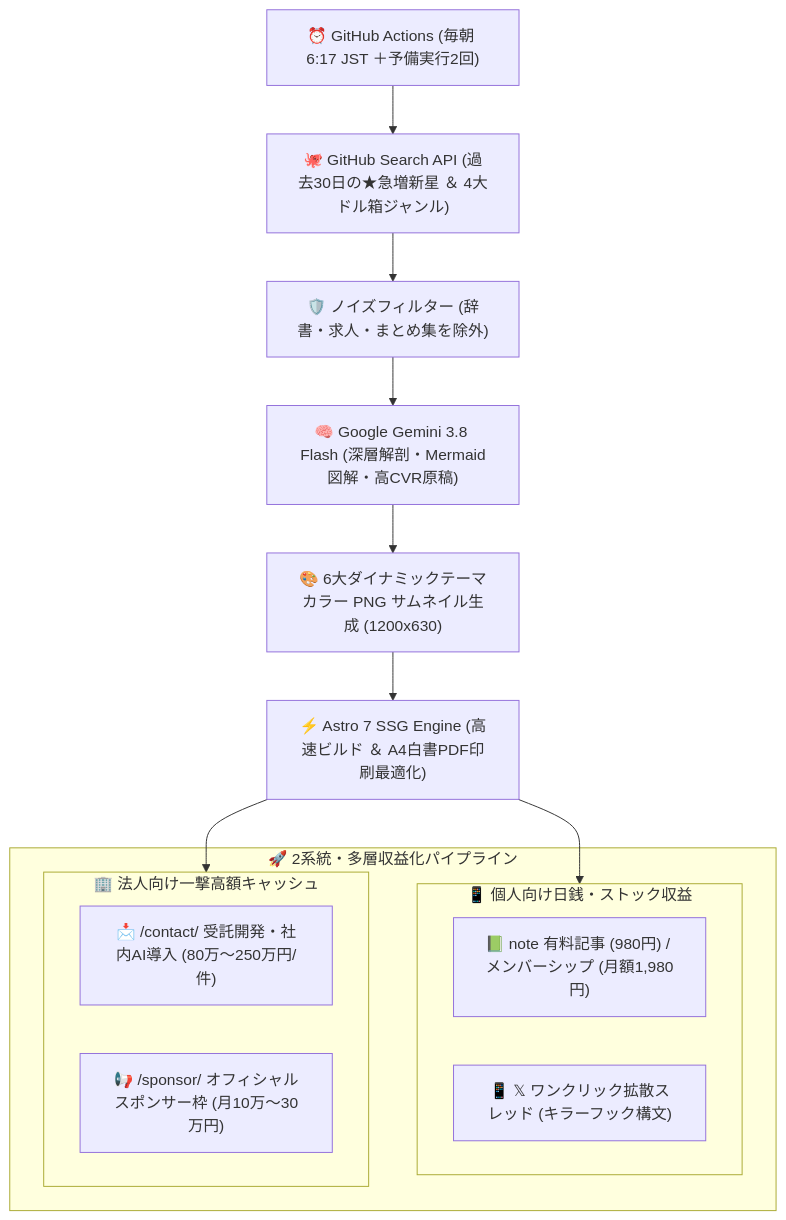
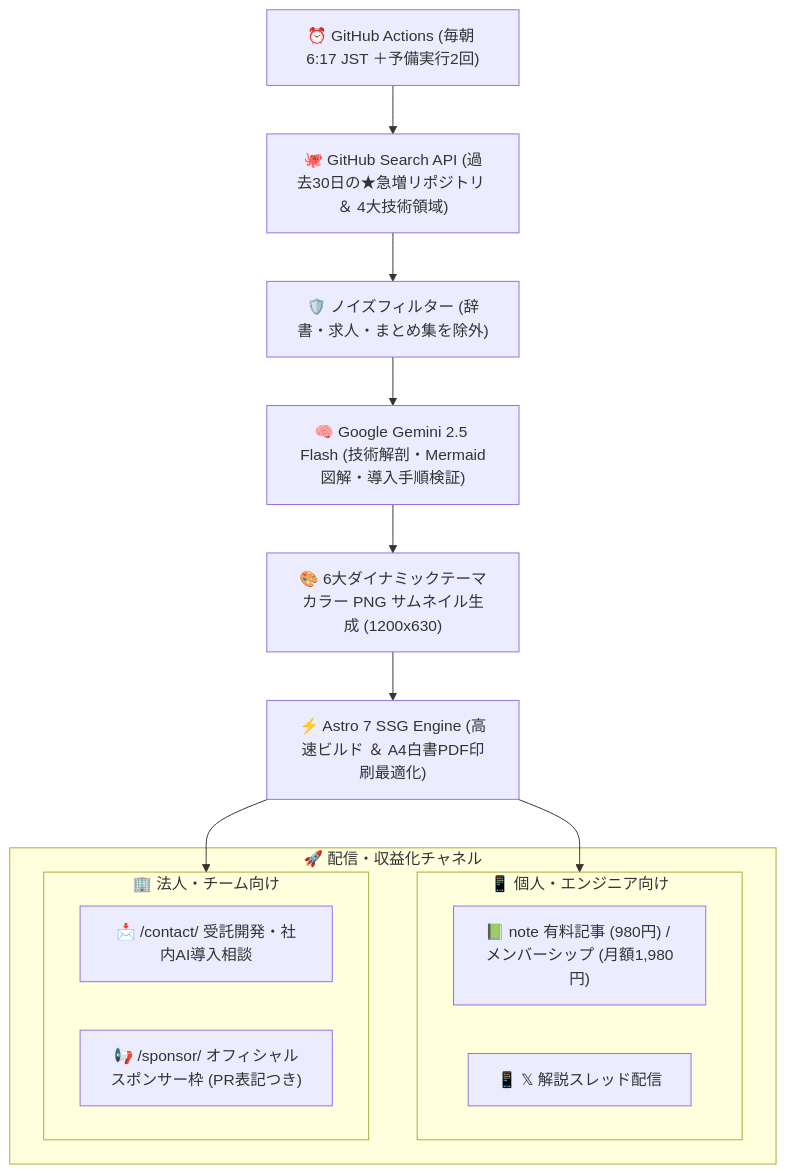
The diagram in README.md (ssk0224/auto-tech-radar), drawn with Mermaid before and after one commit. The commit also changed other lines of this file and 65 other files, not shown here.

````diff
--- a/README.md
+++ b/README.md
@@ -41,29 +41,29 @@
 ```mermaid
 flowchart TD
     Cron["⏰ GitHub Actions (毎朝 6:17 JST ＋予備実行2回)"]
-    API["🐙 GitHub Search API (過去30日の★急増新星 ＆ 4大ドル箱ジャンル)"]
+    API["🐙 GitHub Search API (過去30日の★急増リポジトリ ＆ 4大技術領域)"]
     Noise["🛡️ ノイズフィルター (辞書・求人・まとめ集を除外)"]
-    AI["🧠 Google Gemini 3.8 Flash (深層解剖・Mermaid図解・高CVR原稿)"]
+    AI["🧠 Google Gemini 2.5 Flash (技術解剖・Mermaid図解・導入手順検証)"]
     OGP["🎨 6大ダイナミックテーマカラー PNG サムネイル生成 (1200x630)"]
     Build["⚡ Astro 7 SSG Engine (高速ビルド ＆ A4白書PDF印刷最適化)"]
 
     Cron --> API
     API --> Noise
     Noise --> AI
     AI --> OGP
     OGP --> Build
 
-    subgraph Channels["🚀 2系統・多層収益化パイプライン"]
-        subgraph Retail["📱 個人向け日銭・ストック収益"]
+    subgraph Channels["🚀 配信・収益化チャネル"]
+        subgraph Retail["📱 個人・エンジニア向け"]
             Note["📗 note 有料記事 (980円) / メンバーシップ (月額1,980円)"]
-            X["📱 𝕏 ワンクリック拡散スレッド (キラーフック構文)"]
+            X["📱 𝕏 解説スレッド配信"]
         end
-        subgraph Enterprise["🏢 法人向け一撃高額キャッシュ"]
-            B2B["📩 /contact/ 受託開発・社内AI導入 (80万〜250万円/件)"]
-            Sponsor["📢 /sponsor/ オフィシャルスポンサー枠 (月10万〜30万円)"]
+        subgraph Enterprise["🏢 法人・チーム向け"]
+            B2B["📩 /contact/ 受託開発・社内AI導入相談"]
+            Sponsor["📢 /sponsor/ オフィシャルスポンサー枠 (PR表記つき)"]
         end
     end
 
     Build --> Retail
     Build --> Enterprise
 ```
````
